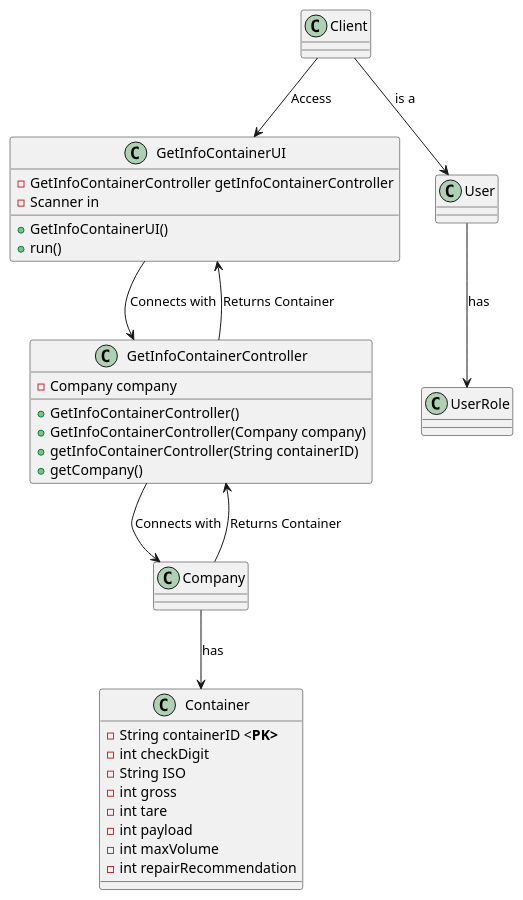
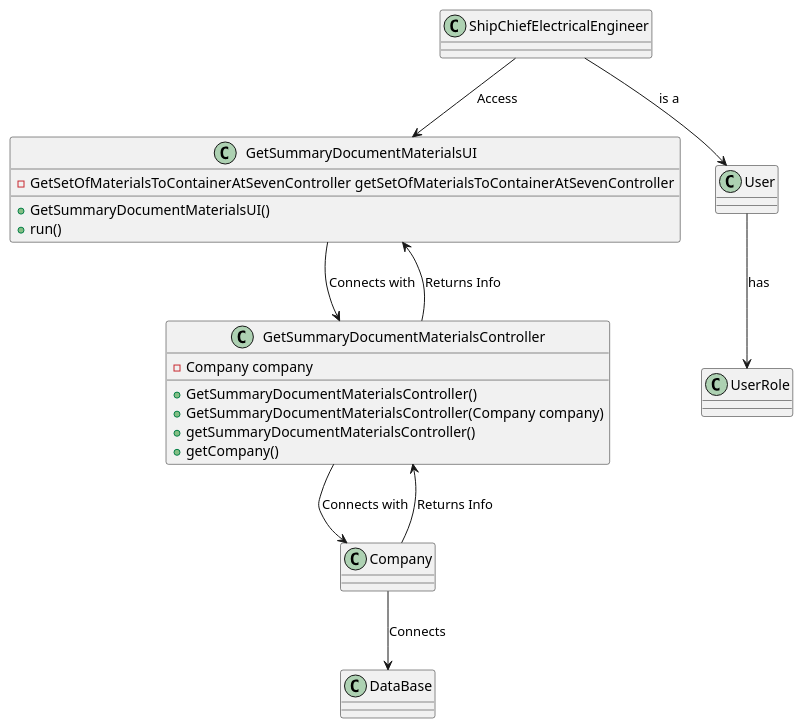
Before and after one commit to LourencoMelo/ISEP-LAPR3-ESINF: the diagram in Docs/Sprint3/US320/cd.puml, drawn with PlantUML. The commit also changed 8 other files, not shown here.

```diff
--- a/Docs/Sprint3/US320/cd.puml
+++ b/Docs/Sprint3/US320/cd.puml
@@ -1,56 +1,42 @@
 @startuml
 
-class Container {
-
-    -String containerID <<b>PK>
-    -int checkDigit
-    -String ISO
-    -int gross
-    -int tare
-    -int payload
-    -int maxVolume
-    -int repairRecommendation
-
-}
-
-class Client{
+class ShipChiefElectricalEngineer{
 
 }
 
 class User{
 
 }
 
 class UserRole{
 
 }
 
 class Company{
 
 }
 
-class GetInfoContainerUI{
-    -GetInfoContainerController getInfoContainerController
-    -Scanner in
-    +GetInfoContainerUI()
+class GetSummaryDocumentMaterialsUI{
+    -GetSetOfMaterialsToContainerAtSevenController getSetOfMaterialsToContainerAtSevenController
+    +GetSummaryDocumentMaterialsUI()
     +run()
 }
 
-class GetInfoContainerController{
+class GetSummaryDocumentMaterialsController{
     -Company company
-    +GetInfoContainerController()
-    +GetInfoContainerController(Company company)
-    +getInfoContainerController(String containerID)
+    +GetSummaryDocumentMaterialsController()
+    +GetSummaryDocumentMaterialsController(Company company)
+    +getSummaryDocumentMaterialsController()
     +getCompany()
 }
 
-Client --> GetInfoContainerUI : Access
-GetInfoContainerUI -down-> GetInfoContainerController : Connects with
-Client --> User : is a
+ShipChiefElectricalEngineer --> GetSummaryDocumentMaterialsUI : Access
+GetSummaryDocumentMaterialsUI -down-> GetSummaryDocumentMaterialsController : Connects with
+ShipChiefElectricalEngineer --> User : is a
 User --> UserRole : has
-GetInfoContainerController -up-> GetInfoContainerUI : Returns Container
-GetInfoContainerController --> Company : Connects with
-Company --> GetInfoContainerController : Returns Container
-Company --> Container : has
+GetSummaryDocumentMaterialsController -up-> GetSummaryDocumentMaterialsUI : Returns Info
+GetSummaryDocumentMaterialsController --> Company : Connects with
+Company --> GetSummaryDocumentMaterialsController : Returns Info
+Company --> DataBase : Connects
 
 @enduml
```
